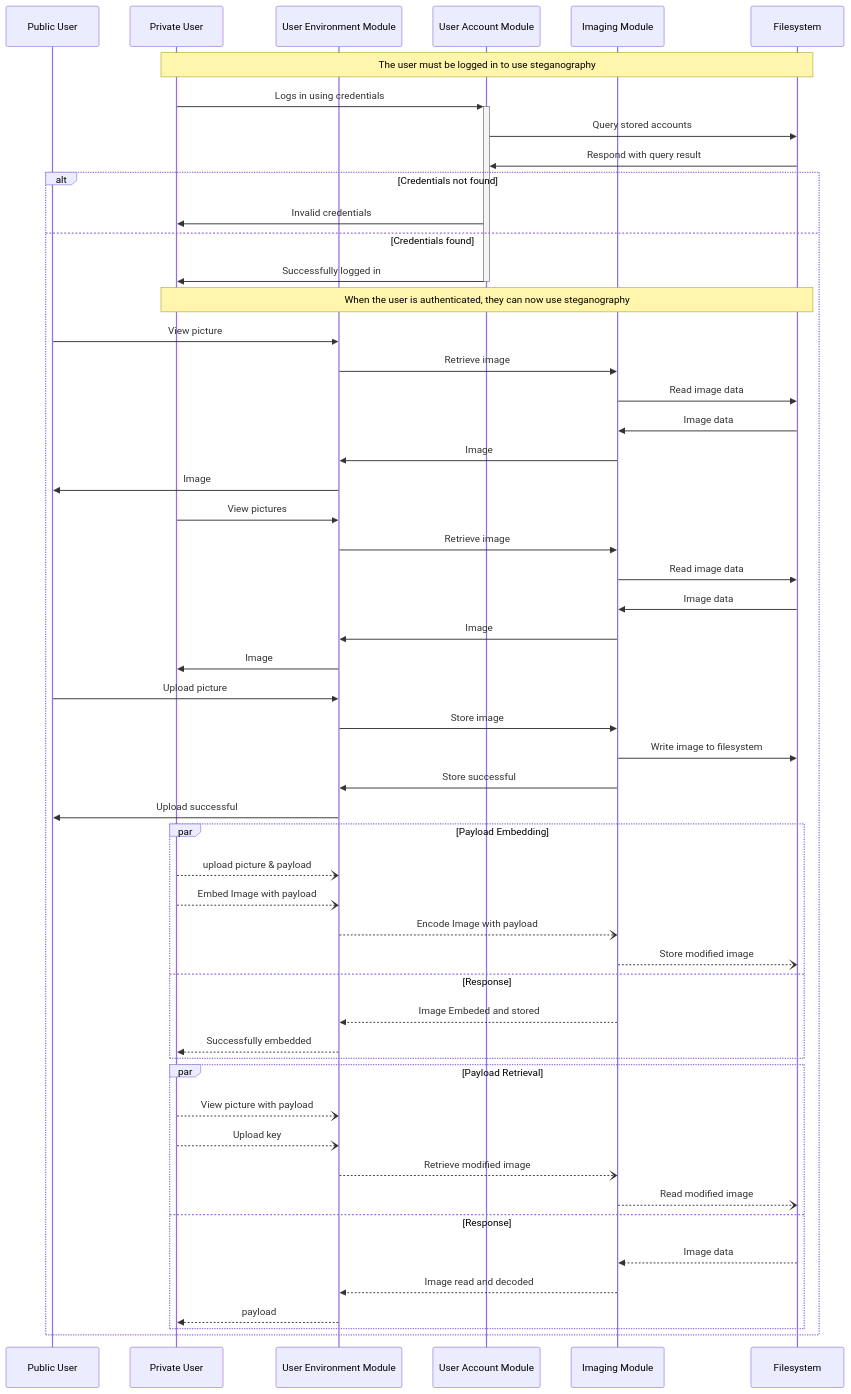
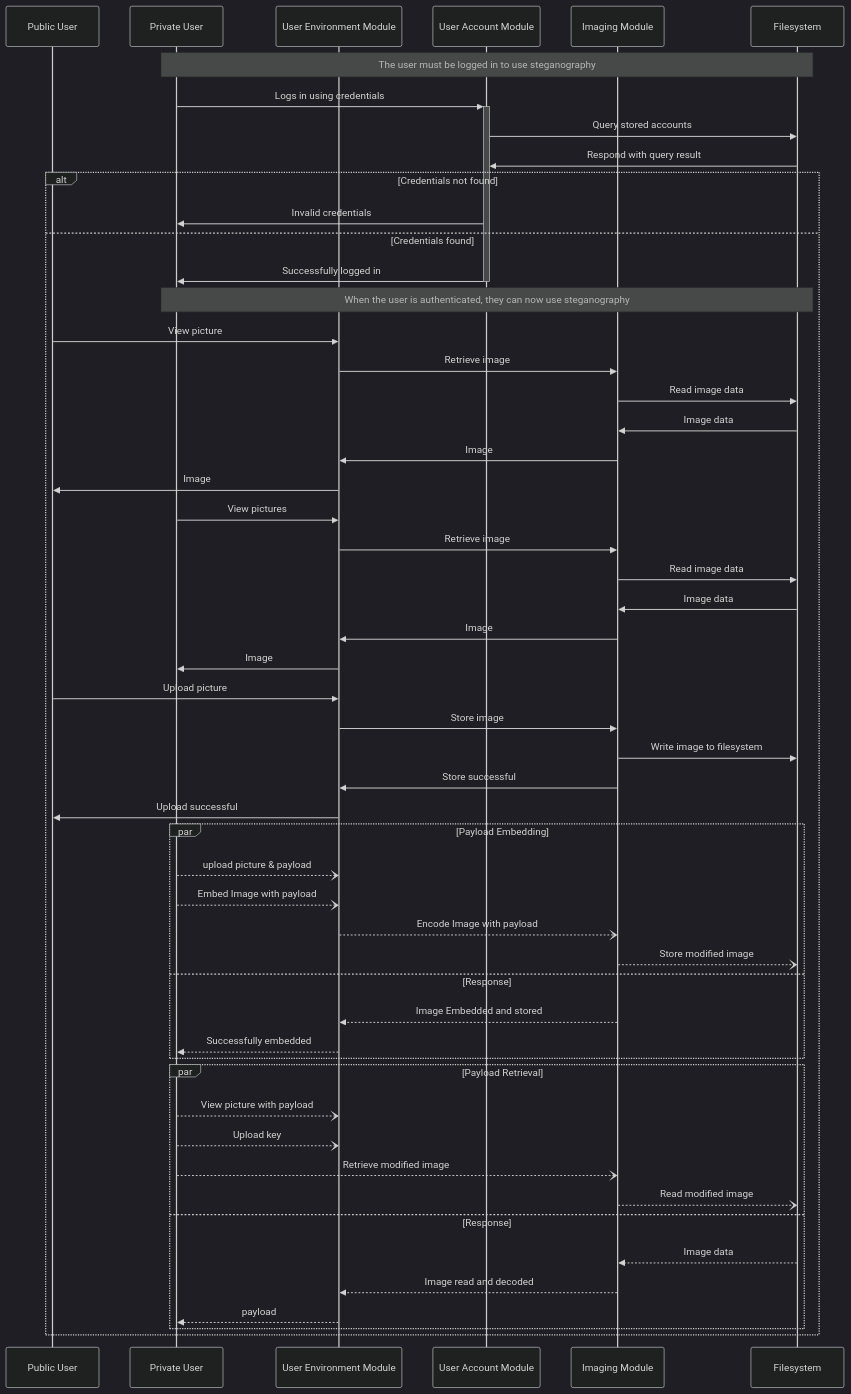
Before and after one commit to csci265-team/HiddenFrame: the first of 4 diagrams in documentation/design.md, drawn with Mermaid.

Commit message:
reattmpting changed palette for state diagram

```diff
--- a/documentation/design.md
+++ b/documentation/design.md
@@ -60,75 +60,76 @@
 ~~~mermaid
 ---
-Title:Design Overview
+Title: Design Overview
 ---
+
+%%{
+  init: {
+    'theme': 'dark',
+    'themeVariables': {
+      'primaryColor': '#4A90E2',
+      'primaryTextColor': '#FFFFFF',
+      'primaryBorderColor': '#A6C1E0',
+      'lineColor': '#F2C94C',
+      'secondaryColor': '#7ED321',
+      'tertiaryColor': '#F5F7FA'
+    }
+  }
+}%%
+
 sequenceDiagram
     participant public as Public User
     participant private as Private User
     participant main as User Environment Module
     participant account as User Account Module
     participant image as Imaging Module
     participant db as Filesystem
 
     Note over private,db: The user must be logged in to use steganography
     private->>+account: Logs in using credentials
     account->>db: Query stored accounts
     db->>account: Respond with query result
 
     alt Credentials not found
         account->>private: Invalid credentials
     else Credentials found
         account->>-private: Successfully logged in
         Note over private,db: When the user is authenticated, they can now use steganography
         public->>main: View picture
         main->>image: Retrieve image
         image->>db: Read image data
         db->>image: Image data
         image->>main: Image
         main->>public: Image
         private->>main: View pictures
         main->>image: Retrieve image
         image->>db: Read image data
         db->>image: Image data
         image->>main: Image
         main->>private: Image
         public->>main: Upload picture
         main->>image: Store image
         image->>db: Write image to filesystem
         image->>main: Store successful
         main->>public: Upload successful
         par Payload Embedding
             private--)main: upload picture & payload
             private--)main: Embed Image with payload
             main--)image: Encode Image with payload
             image--)db: Store modified image
         and Response
-	        image-->>main: Image Embeded and stored
+            image-->>main: Image Embedded and stored
             main-->>private: Successfully embedded
         end
         par Payload Retrieval
             private--)main: View picture with payload
             private--)main: Upload key
-            main--)image: Retrieve modified image
+            private--)image: Retrieve modified image
             image--)db: Read modified image
         and Response
-	        db-->>image: Image data
-	        image-->>main: Image read and decoded
+            db-->>image: Image data
+            image-->>main: Image read and decoded
             main-->>private: payload
         end
     end
 
-%%{
-  init: {
-    'theme': 'base',
-    'themeVariables': {
-      'primaryColor': '#4A90E2',
-      'primaryTextColor': '#FFFFFF',
-      'primaryBorderColor': '#A6C1E0',
-      'lineColor': '#F2C94C',
-      'secondaryColor': '#7ED321',
-      'tertiaryColor': '#F5F7FA'
-    }
-  }
- }%%
-
 ~~~
```
